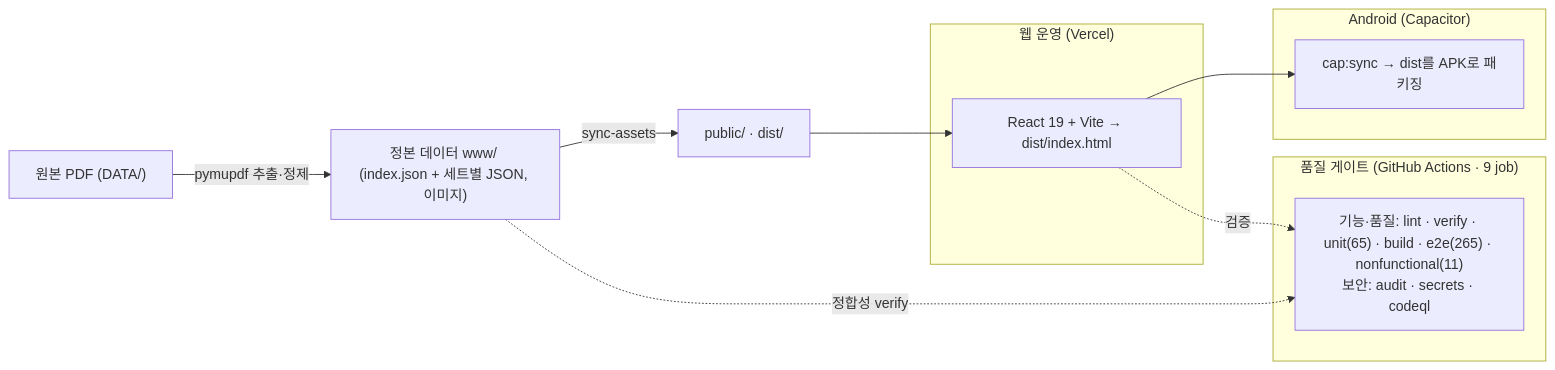
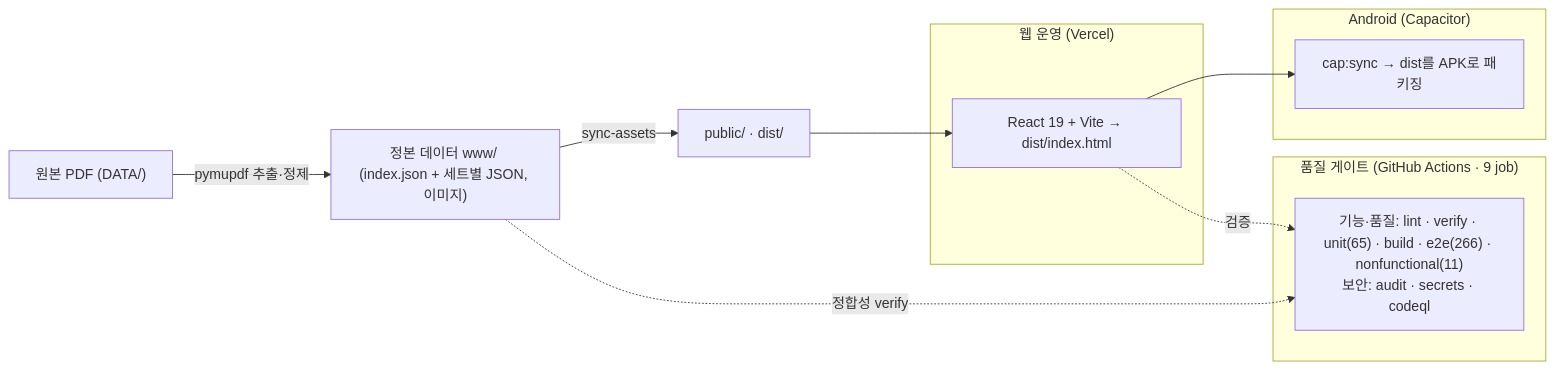
One commit to WindowHyun/ISTQB changed the diagram in README.md. Above: the diagram before and after it, drawn with Mermaid. The commit also changed other lines of this file and 5 other files, not shown here.

````diff
--- a/README.md
+++ b/README.md
@@ -174,20 +174,20 @@
 ```mermaid
 flowchart LR
   PDF["원본 PDF (DATA/)"] -->|pymupdf 추출·정제| SRC["정본 데이터 www/ (index.json + 세트별 JSON, 이미지)"]
   SRC -->|sync-assets| PUB["public/ · dist/"]
 
   subgraph 웹_운영["웹 운영 (Vercel)"]
     REACT["React 19 + Vite → dist/index.html"]
   end
   subgraph APK["Android (Capacitor)"]
     CAP["cap:sync → dist를 APK로 패키징"]
   end
   PUB --> REACT
   REACT --> CAP
 
   subgraph 품질["품질 게이트 (GitHub Actions · 9 job)"]
-    CI["기능·품질: lint · verify · unit(65) · build · e2e(265) · nonfunctional(11)<br/>보안: audit · secrets · codeql"]
+    CI["기능·품질: lint · verify · unit(65) · build · e2e(266) · nonfunctional(11)<br/>보안: audit · secrets · codeql"]
   end
   REACT -.검증.-> CI
   SRC -.정합성 verify.-> CI
 ```
````
